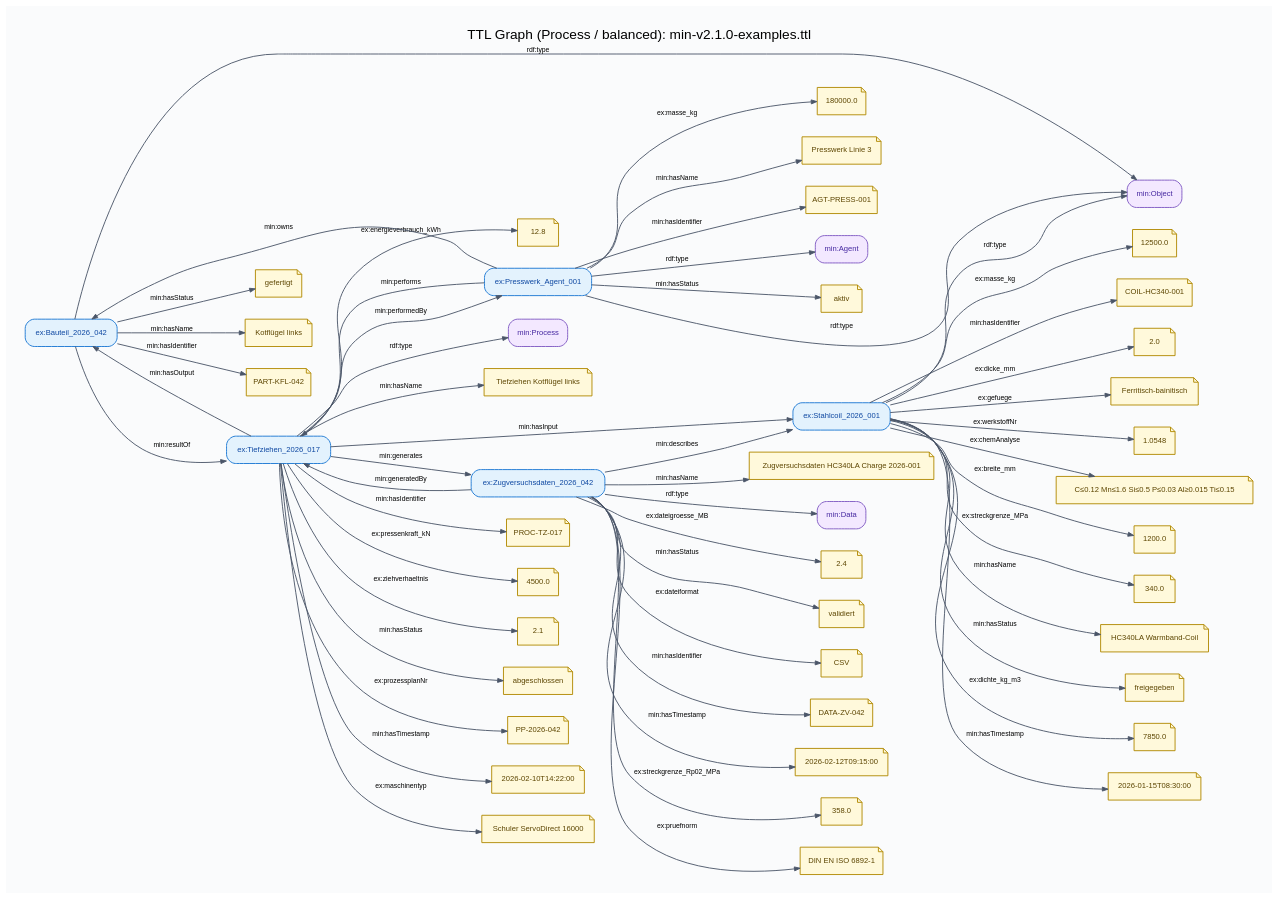
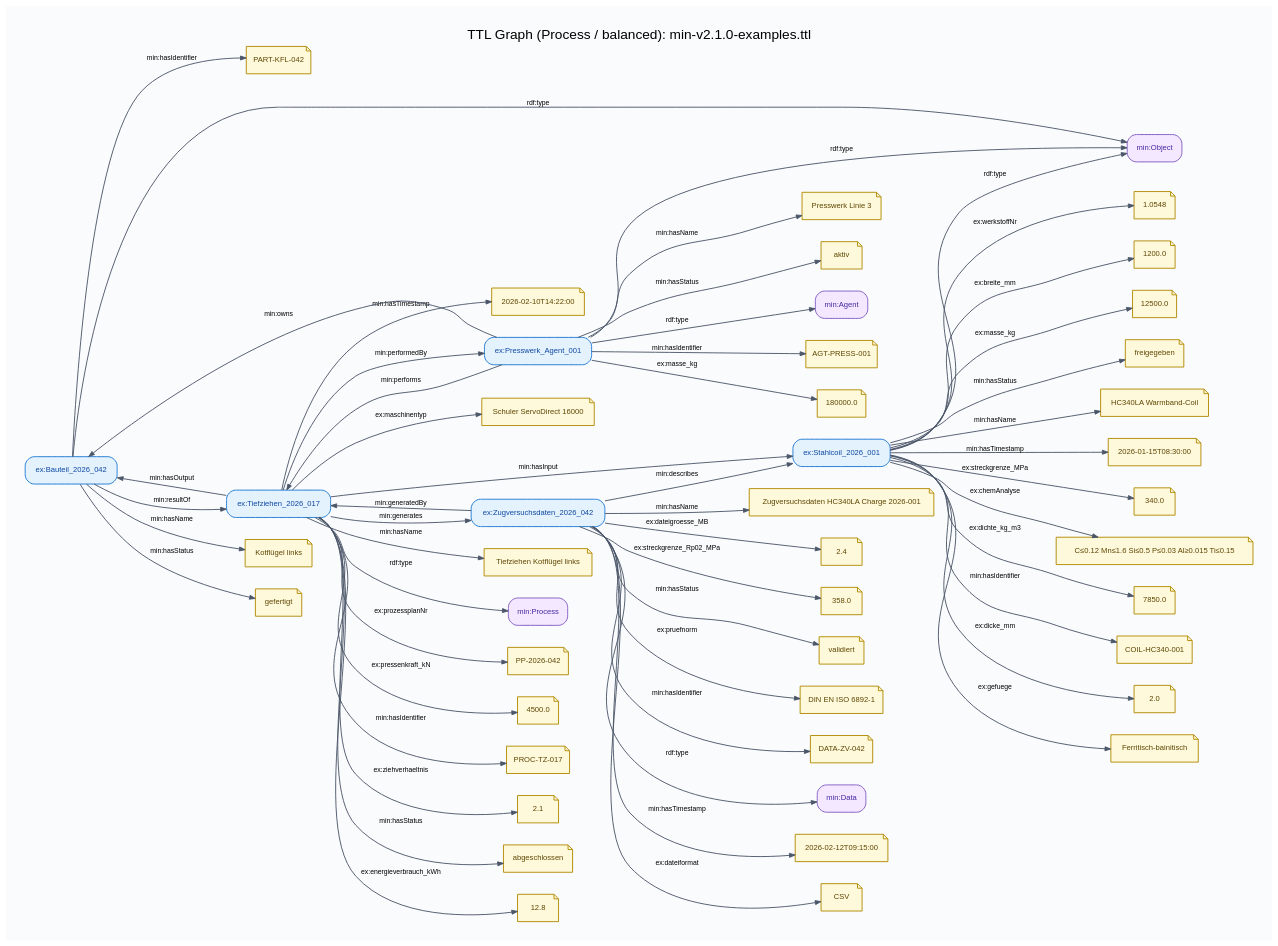
The diagram in docs/diagrams/min-v2.1.0-examples-balanced-modal.dot (lepy/sdata-ontology), drawn with Graphviz before and after one commit. The commit also changed other lines of this file and 34 other files, not shown here.

```diff
--- a/docs/diagrams/min-v2.1.0-examples-balanced-modal.dot
+++ b/docs/diagrams/min-v2.1.0-examples-balanced-modal.dot
@@ -30,73 +30,134 @@
 		fillcolor="#E3F2FD",
 		fontcolor="#0D47A1",
 		label="ex:Bauteil_2026_042"];
+	"lit::PART-KFL-042::::"	[color="#B08900",
+		fillcolor="#FFF9DB",
+		fontcolor="#5C4500",
+		label="PART-KFL-042",
+		shape=note];
+	"uri::https://example.org/Bauteil_2026_042" -> "lit::PART-KFL-042::::"	[label="min:hasIdentifier"];
+	"uri::https://example.org/Tiefziehen_2026_017"	[color="#1976D2",
+		fillcolor="#E3F2FD",
+		fontcolor="#0D47A1",
+		label="ex:Tiefziehen_2026_017"];
+	"uri::https://example.org/Bauteil_2026_042" -> "uri::https://example.org/Tiefziehen_2026_017"	[label="min:resultOf"];
 	"uri::https://w3id.org/min#Object"	[color="#7E57C2",
 		fillcolor="#F3E8FF",
 		fontcolor="#4527A0",
 		label="min:Object"];
 	"uri::https://example.org/Bauteil_2026_042" -> "uri::https://w3id.org/min#Object"	[label="rdf:type"];
-	"uri::https://example.org/Tiefziehen_2026_017"	[color="#1976D2",
-		fillcolor="#E3F2FD",
-		fontcolor="#0D47A1",
-		label="ex:Tiefziehen_2026_017"];
-	"uri::https://example.org/Bauteil_2026_042" -> "uri::https://example.org/Tiefziehen_2026_017"	[label="min:resultOf"];
+	"lit::Kotflügel links::::"	[color="#B08900",
+		fillcolor="#FFF9DB",
+		fontcolor="#5C4500",
+		label="Kotflügel links",
+		shape=note];
+	"uri::https://example.org/Bauteil_2026_042" -> "lit::Kotflügel links::::"	[label="min:hasName"];
 	"lit::gefertigt::::"	[color="#B08900",
 		fillcolor="#FFF9DB",
 		fontcolor="#5C4500",
 		label=gefertigt,
 		shape=note];
 	"uri::https://example.org/Bauteil_2026_042" -> "lit::gefertigt::::"	[label="min:hasStatus"];
-	"lit::Kotflügel links::::"	[color="#B08900",
-		fillcolor="#FFF9DB",
-		fontcolor="#5C4500",
-		label="Kotflügel links",
-		shape=note];
-	"uri::https://example.org/Bauteil_2026_042" -> "lit::Kotflügel links::::"	[label="min:hasName"];
-	"lit::PART-KFL-042::::"	[color="#B08900",
-		fillcolor="#FFF9DB",
-		fontcolor="#5C4500",
-		label="PART-KFL-042",
-		shape=note];
-	"uri::https://example.org/Bauteil_2026_042" -> "lit::PART-KFL-042::::"	[label="min:hasIdentifier"];
-	"uri::https://example.org/Tiefziehen_2026_017" -> "uri::https://example.org/Bauteil_2026_042"	[label="min:hasOutput"];
 	"uri::https://example.org/Zugversuchsdaten_2026_042"	[color="#1976D2",
 		fillcolor="#E3F2FD",
 		fontcolor="#0D47A1",
 		label="ex:Zugversuchsdaten_2026_042"];
-	"uri::https://example.org/Tiefziehen_2026_017" -> "uri::https://example.org/Zugversuchsdaten_2026_042"	[label="min:generates"];
+	"uri::https://example.org/Zugversuchsdaten_2026_042" -> "uri::https://example.org/Tiefziehen_2026_017"	[label="min:generatedBy"];
 	"uri::https://example.org/Stahlcoil_2026_001"	[color="#1976D2",
 		fillcolor="#E3F2FD",
 		fontcolor="#0D47A1",
 		label="ex:Stahlcoil_2026_001"];
-	"uri::https://example.org/Tiefziehen_2026_017" -> "uri::https://example.org/Stahlcoil_2026_001"	[label="min:hasInput"];
-	"uri::https://w3id.org/min#Process"	[color="#7E57C2",
+	"uri::https://example.org/Zugversuchsdaten_2026_042" -> "uri::https://example.org/Stahlcoil_2026_001"	[label="min:describes"];
+	"lit::CSV::::"	[color="#B08900",
+		fillcolor="#FFF9DB",
+		fontcolor="#5C4500",
+		label=CSV,
+		shape=note];
+	"uri::https://example.org/Zugversuchsdaten_2026_042" -> "lit::CSV::::"	[label="ex:dateiformat"];
+	"lit::Zugversuchsdaten HC340LA Charge 2026-001::::"	[color="#B08900",
+		fillcolor="#FFF9DB",
+		fontcolor="#5C4500",
+		label="Zugversuchsdaten HC340LA Charge 2026-001",
+		shape=note];
+	"uri::https://example.org/Zugversuchsdaten_2026_042" -> "lit::Zugversuchsdaten HC340LA Charge 2026-001::::"	[label="min:hasName"];
+	"lit::2.4::http://www.w3.org/2001/XMLSchema#decimal::"	[color="#B08900",
+		fillcolor="#FFF9DB",
+		fontcolor="#5C4500",
+		label=2.4,
+		shape=note];
+	"uri::https://example.org/Zugversuchsdaten_2026_042" -> "lit::2.4::http://www.w3.org/2001/XMLSchema#decimal::"	[label="ex:dateigroesse_MB"];
+	"lit::358.0::http://www.w3.org/2001/XMLSchema#decimal::"	[color="#B08900",
+		fillcolor="#FFF9DB",
+		fontcolor="#5C4500",
+		label=358.0,
+		shape=note];
+	"uri::https://example.org/Zugversuchsdaten_2026_042" -> "lit::358.0::http://www.w3.org/2001/XMLSchema#decimal::"	[label="ex:streckgrenze_Rp02_MPa"];
+	"lit::validiert::::"	[color="#B08900",
+		fillcolor="#FFF9DB",
+		fontcolor="#5C4500",
+		label=validiert,
+		shape=note];
+	"uri::https://example.org/Zugversuchsdaten_2026_042" -> "lit::validiert::::"	[label="min:hasStatus"];
+	"lit::DIN EN ISO 6892-1::::"	[color="#B08900",
+		fillcolor="#FFF9DB",
+		fontcolor="#5C4500",
+		label="DIN EN ISO 6892-1",
+		shape=note];
+	"uri::https://example.org/Zugversuchsdaten_2026_042" -> "lit::DIN EN ISO 6892-1::::"	[label="ex:pruefnorm"];
+	"lit::DATA-ZV-042::::"	[color="#B08900",
+		fillcolor="#FFF9DB",
+		fontcolor="#5C4500",
+		label="DATA-ZV-042",
+		shape=note];
+	"uri::https://example.org/Zugversuchsdaten_2026_042" -> "lit::DATA-ZV-042::::"	[label="min:hasIdentifier"];
+	"uri::https://w3id.org/min#Data"	[color="#7E57C2",
 		fillcolor="#F3E8FF",
 		fontcolor="#4527A0",
-		label="min:Process"];
-	"uri::https://example.org/Tiefziehen_2026_017" -> "uri::https://w3id.org/min#Process"	[label="rdf:type"];
+		label="min:Data"];
+	"uri::https://example.org/Zugversuchsdaten_2026_042" -> "uri::https://w3id.org/min#Data"	[label="rdf:type"];
+	"lit::2026-02-12T09:15:00::http://www.w3.org/2001/XMLSchema#dateTime::"	[color="#B08900",
+		fillcolor="#FFF9DB",
+		fontcolor="#5C4500",
+		label="2026-02-12T09:15:00",
+		shape=note];
+	"uri::https://example.org/Zugversuchsdaten_2026_042" -> "lit::2026-02-12T09:15:00::http://www.w3.org/2001/XMLSchema#dateTime::"	[label="min:hasTimestamp"];
+	"uri::https://example.org/Tiefziehen_2026_017" -> "uri::https://example.org/Bauteil_2026_042"	[label="min:hasOutput"];
+	"uri::https://example.org/Tiefziehen_2026_017" -> "uri::https://example.org/Zugversuchsdaten_2026_042"	[label="min:generates"];
 	"uri::https://example.org/Presswerk_Agent_001"	[color="#1976D2",
 		fillcolor="#E3F2FD",
 		fontcolor="#0D47A1",
 		label="ex:Presswerk_Agent_001"];
 	"uri::https://example.org/Tiefziehen_2026_017" -> "uri::https://example.org/Presswerk_Agent_001"	[label="min:performedBy"];
+	"uri::https://example.org/Tiefziehen_2026_017" -> "uri::https://example.org/Stahlcoil_2026_001"	[label="min:hasInput"];
 	"lit::Tiefziehen Kotflügel links::::"	[color="#B08900",
 		fillcolor="#FFF9DB",
 		fontcolor="#5C4500",
 		label="Tiefziehen Kotflügel links",
 		shape=note];
 	"uri::https://example.org/Tiefziehen_2026_017" -> "lit::Tiefziehen Kotflügel links::::"	[label="min:hasName"];
+	"uri::https://w3id.org/min#Process"	[color="#7E57C2",
+		fillcolor="#F3E8FF",
+		fontcolor="#4527A0",
+		label="min:Process"];
+	"uri::https://example.org/Tiefziehen_2026_017" -> "uri::https://w3id.org/min#Process"	[label="rdf:type"];
+	"lit::PP-2026-042::::"	[color="#B08900",
+		fillcolor="#FFF9DB",
+		fontcolor="#5C4500",
+		label="PP-2026-042",
+		shape=note];
+	"uri::https://example.org/Tiefziehen_2026_017" -> "lit::PP-2026-042::::"	[label="ex:prozessplanNr"];
+	"lit::4500.0::http://www.w3.org/2001/XMLSchema#decimal::"	[color="#B08900",
+		fillcolor="#FFF9DB",
+		fontcolor="#5C4500",
+		label=4500.0,
+		shape=note];
+	"uri::https://example.org/Tiefziehen_2026_017" -> "lit::4500.0::http://www.w3.org/2001/XMLSchema#decimal::"	[label="ex:pressenkraft_kN"];
 	"lit::PROC-TZ-017::::"	[color="#B08900",
 		fillcolor="#FFF9DB",
 		fontcolor="#5C4500",
 		label="PROC-TZ-017",
 		shape=note];
 	"uri::https://example.org/Tiefziehen_2026_017" -> "lit::PROC-TZ-017::::"	[label="min:hasIdentifier"];
-	"lit::4500.0::http://www.w3.org/2001/XMLSchema#decimal::"	[color="#B08900",
-		fillcolor="#FFF9DB",
-		fontcolor="#5C4500",
-		label=4500.0,
-		shape=note];
-	"uri::https://example.org/Tiefziehen_2026_017" -> "lit::4500.0::http://www.w3.org/2001/XMLSchema#decimal::"	[label="ex:pressenkraft_kN"];
 	"lit::2.1::http://www.w3.org/2001/XMLSchema#decimal::"	[color="#B08900",
 		fillcolor="#FFF9DB",
 		fontcolor="#5C4500",
@@ -109,12 +170,12 @@
 		label=abgeschlossen,
 		shape=note];
 	"uri::https://example.org/Tiefziehen_2026_017" -> "lit::abgeschlossen::::"	[label="min:hasStatus"];
-	"lit::PP-2026-042::::"	[color="#B08900",
+	"lit::12.8::http://www.w3.org/2001/XMLSchema#decimal::"	[color="#B08900",
 		fillcolor="#FFF9DB",
 		fontcolor="#5C4500",
-		label="PP-2026-042",
+		label=12.8,
 		shape=note];
-	"uri::https://example.org/Tiefziehen_2026_017" -> "lit::PP-2026-042::::"	[label="ex:prozessplanNr"];
+	"uri::https://example.org/Tiefziehen_2026_017" -> "lit::12.8::http://www.w3.org/2001/XMLSchema#decimal::"	[label="ex:energieverbrauch_kWh"];
 	"lit::2026-02-10T14:22:00::http://www.w3.org/2001/XMLSchema#dateTime::"	[color="#B08900",
 		fillcolor="#FFF9DB",
 		fontcolor="#5C4500",
@@ -127,68 +188,87 @@
 		label="Schuler ServoDirect 16000",
 		shape=note];
 	"uri::https://example.org/Tiefziehen_2026_017" -> "lit::Schuler ServoDirect 16000::::"	[label="ex:maschinentyp"];
-	"lit::12.8::http://www.w3.org/2001/XMLSchema#decimal::"	[color="#B08900",
+	"uri::https://example.org/Presswerk_Agent_001" -> "uri::https://example.org/Bauteil_2026_042"	[label="min:owns"];
+	"uri::https://example.org/Presswerk_Agent_001" -> "uri::https://example.org/Tiefziehen_2026_017"	[label="min:performs"];
+	"uri::https://example.org/Presswerk_Agent_001" -> "uri::https://w3id.org/min#Object"	[label="rdf:type"];
+	"lit::Presswerk Linie 3::::"	[color="#B08900",
 		fillcolor="#FFF9DB",
 		fontcolor="#5C4500",
-		label=12.8,
+		label="Presswerk Linie 3",
 		shape=note];
-	"uri::https://example.org/Tiefziehen_2026_017" -> "lit::12.8::http://www.w3.org/2001/XMLSchema#decimal::"	[label="ex:energieverbrauch_kWh"];
-	"uri::https://example.org/Zugversuchsdaten_2026_042" -> "uri::https://example.org/Tiefziehen_2026_017"	[label="min:generatedBy"];
-	"lit::358.0::http://www.w3.org/2001/XMLSchema#decimal::"	[color="#B08900",
+	"uri::https://example.org/Presswerk_Agent_001" -> "lit::Presswerk Linie 3::::"	[label="min:hasName"];
+	"lit::aktiv::::"	[color="#B08900",
 		fillcolor="#FFF9DB",
 		fontcolor="#5C4500",
-		label=358.0,
+		label=aktiv,
 		shape=note];
-	"uri::https://example.org/Zugversuchsdaten_2026_042" -> "lit::358.0::http://www.w3.org/2001/XMLSchema#decimal::"	[label="ex:streckgrenze_Rp02_MPa"];
-	"uri::https://example.org/Zugversuchsdaten_2026_042" -> "uri::https://example.org/Stahlcoil_2026_001"	[label="min:describes"];
-	"lit::DIN EN ISO 6892-1::::"	[color="#B08900",
+	"uri::https://example.org/Presswerk_Agent_001" -> "lit::aktiv::::"	[label="min:hasStatus"];
+	"uri::https://w3id.org/min#Agent"	[color="#7E57C2",
+		fillcolor="#F3E8FF",
+		fontcolor="#4527A0",
+		label="min:Agent"];
+	"uri::https://example.org/Presswerk_Agent_001" -> "uri::https://w3id.org/min#Agent"	[label="rdf:type"];
+	"lit::AGT-PRESS-001::::"	[color="#B08900",
 		fillcolor="#FFF9DB",
 		fontcolor="#5C4500",
-		label="DIN EN ISO 6892-1",
+		label="AGT-PRESS-001",
 		shape=note];
-	"uri::https://example.org/Zugversuchsdaten_2026_042" -> "lit::DIN EN ISO 6892-1::::"	[label="ex:pruefnorm"];
-	"lit::Zugversuchsdaten HC340LA Charge 2026-001::::"	[color="#B08900",
+	"uri::https://example.org/Presswerk_Agent_001" -> "lit::AGT-PRESS-001::::"	[label="min:hasIdentifier"];
+	"lit::180000.0::http://www.w3.org/2001/XMLSchema#decimal::"	[color="#B08900",
 		fillcolor="#FFF9DB",
 		fontcolor="#5C4500",
-		label="Zugversuchsdaten HC340LA Charge 2026-001",
+		label=180000.0,
 		shape=note];
-	"uri::https://example.org/Zugversuchsdaten_2026_042" -> "lit::Zugversuchsdaten HC340LA Charge 2026-001::::"	[label="min:hasName"];
-	"uri::https://w3id.org/min#Data"	[color="#7E57C2",
-		fillcolor="#F3E8FF",
-		fontcolor="#4527A0",
-		label="min:Data"];
-	"uri::https://example.org/Zugversuchsdaten_2026_042" -> "uri::https://w3id.org/min#Data"	[label="rdf:type"];
-	"lit::2.4::http://www.w3.org/2001/XMLSchema#decimal::"	[color="#B08900",
+	"uri::https://example.org/Presswerk_Agent_001" -> "lit::180000.0::http://www.w3.org/2001/XMLSchema#decimal::"	[label="ex:masse_kg"];
+	"uri::https://example.org/Stahlcoil_2026_001" -> "uri::https://w3id.org/min#Object"	[label="rdf:type"];
+	"lit::12500.0::http://www.w3.org/2001/XMLSchema#decimal::"	[color="#B08900",
 		fillcolor="#FFF9DB",
 		fontcolor="#5C4500",
-		label=2.4,
+		label=12500.0,
 		shape=note];
-	"uri::https://example.org/Zugversuchsdaten_2026_042" -> "lit::2.4::http://www.w3.org/2001/XMLSchema#decimal::"	[label="ex:dateigroesse_MB"];
-	"lit::validiert::::"	[color="#B08900",
+	"uri::https://example.org/Stahlcoil_2026_001" -> "lit::12500.0::http://www.w3.org/2001/XMLSchema#decimal::"	[label="ex:masse_kg"];
+	"lit::freigegeben::::"	[color="#B08900",
 		fillcolor="#FFF9DB",
 		fontcolor="#5C4500",
-		label=validiert,
+		label=freigegeben,
 		shape=note];
-	"uri::https://example.org/Zugversuchsdaten_2026_042" -> "lit::validiert::::"	[label="min:hasStatus"];
-	"lit::CSV::::"	[color="#B08900",
+	"uri::https://example.org/Stahlcoil_2026_001" -> "lit::freigegeben::::"	[label="min:hasStatus"];
+	"lit::HC340LA Warmband-Coil::::"	[color="#B08900",
 		fillcolor="#FFF9DB",
 		fontcolor="#5C4500",
-		label=CSV,
+		label="HC340LA Warmband-Coil",
 		shape=note];
-	"uri::https://example.org/Zugversuchsdaten_2026_042" -> "lit::CSV::::"	[label="ex:dateiformat"];
-	"lit::DATA-ZV-042::::"	[color="#B08900",
+	"uri::https://example.org/Stahlcoil_2026_001" -> "lit::HC340LA Warmband-Coil::::"	[label="min:hasName"];
+	"lit::2026-01-15T08:30:00::http://www.w3.org/2001/XMLSchema#dateTime::"	[color="#B08900",
 		fillcolor="#FFF9DB",
 		fontcolor="#5C4500",
-		label="DATA-ZV-042",
+		label="2026-01-15T08:30:00",
 		shape=note];
-	"uri::https://example.org/Zugversuchsdaten_2026_042" -> "lit::DATA-ZV-042::::"	[label="min:hasIdentifier"];
-	"lit::2026-02-12T09:15:00::http://www.w3.org/2001/XMLSchema#dateTime::"	[color="#B08900",
+	"uri::https://example.org/Stahlcoil_2026_001" -> "lit::2026-01-15T08:30:00::http://www.w3.org/2001/XMLSchema#dateTime::"	[label="min:hasTimestamp"];
+	"lit::340.0::http://www.w3.org/2001/XMLSchema#decimal::"	[color="#B08900",
 		fillcolor="#FFF9DB",
 		fontcolor="#5C4500",
-		label="2026-02-12T09:15:00",
+		label=340.0,
 		shape=note];
-	"uri::https://example.org/Zugversuchsdaten_2026_042" -> "lit::2026-02-12T09:15:00::http://www.w3.org/2001/XMLSchema#dateTime::"	[label="min:hasTimestamp"];
-	"uri::https://example.org/Stahlcoil_2026_001" -> "uri::https://w3id.org/min#Object"	[label="rdf:type"];
+	"uri::https://example.org/Stahlcoil_2026_001" -> "lit::340.0::http://www.w3.org/2001/XMLSchema#decimal::"	[label="ex:streckgrenze_MPa"];
+	"lit::C≤0.12 Mn≤1.6 Si≤0.5 P≤0.03 Al≥0.015 Ti≤0.15::::"	[color="#B08900",
+		fillcolor="#FFF9DB",
+		fontcolor="#5C4500",
+		label="C≤0.12 Mn≤1.6 Si≤0.5 P≤0.03 Al≥0.015 Ti≤0.15",
+		shape=note];
+	"uri::https://example.org/Stahlcoil_2026_001" -> "lit::C≤0.12 Mn≤1.6 Si≤0.5 P≤0.03 Al≥0.015 Ti≤0.15::::"	[label="ex:chemAnalyse"];
+	"lit::7850.0::http://www.w3.org/2001/XMLSchema#decimal::"	[color="#B08900",
+		fillcolor="#FFF9DB",
+		fontcolor="#5C4500",
+		label=7850.0,
+		shape=note];
+	"uri::https://example.org/Stahlcoil_2026_001" -> "lit::7850.0::http://www.w3.org/2001/XMLSchema#decimal::"	[label="ex:dichte_kg_m3"];
+	"lit::COIL-HC340-001::::"	[color="#B08900",
+		fillcolor="#FFF9DB",
+		fontcolor="#5C4500",
+		label="COIL-HC340-001",
+		shape=note];
+	"uri::https://example.org/Stahlcoil_2026_001" -> "lit::COIL-HC340-001::::"	[label="min:hasIdentifier"];
 	"lit::2.0::http://www.w3.org/2001/XMLSchema#decimal::"	[color="#B08900",
 		fillcolor="#FFF9DB",
 		fontcolor="#5C4500",
@@ -207,90 +287,10 @@
 		label=1.0548,
 		shape=note];
 	"uri::https://example.org/Stahlcoil_2026_001" -> "lit::1.0548::::"	[label="ex:werkstoffNr"];
-	"lit::C≤0.12 Mn≤1.6 Si≤0.5 P≤0.03 Al≥0.015 Ti≤0.15::::"	[color="#B08900",
-		fillcolor="#FFF9DB",
-		fontcolor="#5C4500",
-		label="C≤0.12 Mn≤1.6 Si≤0.5 P≤0.03 Al≥0.015 Ti≤0.15",
-		shape=note];
-	"uri::https://example.org/Stahlcoil_2026_001" -> "lit::C≤0.12 Mn≤1.6 Si≤0.5 P≤0.03 Al≥0.015 Ti≤0.15::::"	[label="ex:chemAnalyse"];
 	"lit::1200.0::http://www.w3.org/2001/XMLSchema#decimal::"	[color="#B08900",
 		fillcolor="#FFF9DB",
 		fontcolor="#5C4500",
 		label=1200.0,
 		shape=note];
 	"uri::https://example.org/Stahlcoil_2026_001" -> "lit::1200.0::http://www.w3.org/2001/XMLSchema#decimal::"	[label="ex:breite_mm"];
-	"lit::340.0::http://www.w3.org/2001/XMLSchema#decimal::"	[color="#B08900",
-		fillcolor="#FFF9DB",
-		fontcolor="#5C4500",
-		label=340.0,
-		shape=note];
-	"uri::https://example.org/Stahlcoil_2026_001" -> "lit::340.0::http://www.w3.org/2001/XMLSchema#decimal::"	[label="ex:streckgrenze_MPa"];
-	"lit::HC340LA Warmband-Coil::::"	[color="#B08900",
-		fillcolor="#FFF9DB",
-		fontcolor="#5C4500",
-		label="HC340LA Warmband-Coil",
-		shape=note];
-	"uri::https://example.org/Stahlcoil_2026_001" -> "lit::HC340LA Warmband-Coil::::"	[label="min:hasName"];
-	"lit::freigegeben::::"	[color="#B08900",
-		fillcolor="#FFF9DB",
-		fontcolor="#5C4500",
-		label=freigegeben,
-		shape=note];
-	"uri::https://example.org/Stahlcoil_2026_001" -> "lit::freigegeben::::"	[label="min:hasStatus"];
-	"lit::7850.0::http://www.w3.org/2001/XMLSchema#decimal::"	[color="#B08900",
-		fillcolor="#FFF9DB",
-		fontcolor="#5C4500",
-		label=7850.0,
-		shape=note];
-	"uri::https://example.org/Stahlcoil_2026_001" -> "lit::7850.0::http://www.w3.org/2001/XMLSchema#decimal::"	[label="ex:dichte_kg_m3"];
-	"lit::2026-01-15T08:30:00::http://www.w3.org/2001/XMLSchema#dateTime::"	[color="#B08900",
-		fillcolor="#FFF9DB",
-		fontcolor="#5C4500",
-		label="2026-01-15T08:30:00",
-		shape=note];
-	"uri::https://example.org/Stahlcoil_2026_001" -> "lit::2026-01-15T08:30:00::http://www.w3.org/2001/XMLSchema#dateTime::"	[label="min:hasTimestamp"];
-	"lit::12500.0::http://www.w3.org/2001/XMLSchema#decimal::"	[color="#B08900",
-		fillcolor="#FFF9DB",
-		fontcolor="#5C4500",
-		label=12500.0,
-		shape=note];
-	"uri::https://example.org/Stahlcoil_2026_001" -> "lit::12500.0::http://www.w3.org/2001/XMLSchema#decimal::"	[label="ex:masse_kg"];
-	"lit::COIL-HC340-001::::"	[color="#B08900",
-		fillcolor="#FFF9DB",
-		fontcolor="#5C4500",
-		label="COIL-HC340-001",
-		shape=note];
-	"uri::https://example.org/Stahlcoil_2026_001" -> "lit::COIL-HC340-001::::"	[label="min:hasIdentifier"];
-	"uri::https://example.org/Presswerk_Agent_001" -> "uri::https://example.org/Bauteil_2026_042"	[label="min:owns"];
-	"uri::https://example.org/Presswerk_Agent_001" -> "uri::https://w3id.org/min#Object"	[label="rdf:type"];
-	"uri::https://example.org/Presswerk_Agent_001" -> "uri::https://example.org/Tiefziehen_2026_017"	[label="min:performs"];
-	"uri::https://w3id.org/min#Agent"	[color="#7E57C2",
-		fillcolor="#F3E8FF",
-		fontcolor="#4527A0",
-		label="min:Agent"];
-	"uri::https://example.org/Presswerk_Agent_001" -> "uri::https://w3id.org/min#Agent"	[label="rdf:type"];
-	"lit::aktiv::::"	[color="#B08900",
-		fillcolor="#FFF9DB",
-		fontcolor="#5C4500",
-		label=aktiv,
-		shape=note];
-	"uri::https://example.org/Presswerk_Agent_001" -> "lit::aktiv::::"	[label="min:hasStatus"];
-	"lit::Presswerk Linie 3::::"	[color="#B08900",
-		fillcolor="#FFF9DB",
-		fontcolor="#5C4500",
-		label="Presswerk Linie 3",
-		shape=note];
-	"uri::https://example.org/Presswerk_Agent_001" -> "lit::Presswerk Linie 3::::"	[label="min:hasName"];
-	"lit::180000.0::http://www.w3.org/2001/XMLSchema#decimal::"	[color="#B08900",
-		fillcolor="#FFF9DB",
-		fontcolor="#5C4500",
-		label=180000.0,
-		shape=note];
-	"uri::https://example.org/Presswerk_Agent_001" -> "lit::180000.0::http://www.w3.org/2001/XMLSchema#decimal::"	[label="ex:masse_kg"];
-	"lit::AGT-PRESS-001::::"	[color="#B08900",
-		fillcolor="#FFF9DB",
-		fontcolor="#5C4500",
-		label="AGT-PRESS-001",
-		shape=note];
-	"uri::https://example.org/Presswerk_Agent_001" -> "lit::AGT-PRESS-001::::"	[label="min:hasIdentifier"];
 }
```
